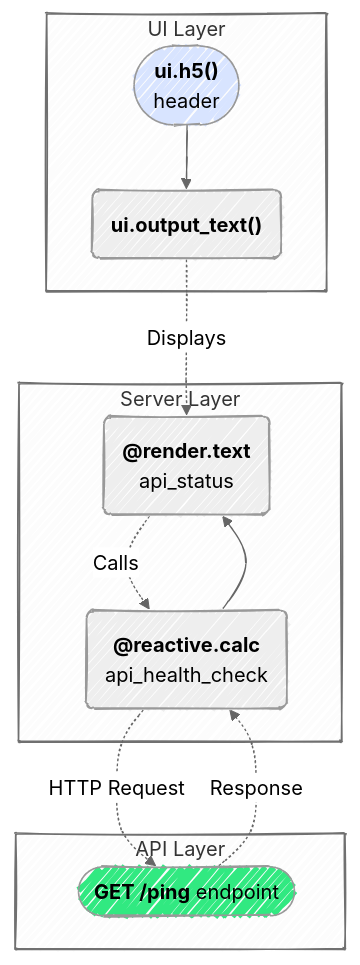
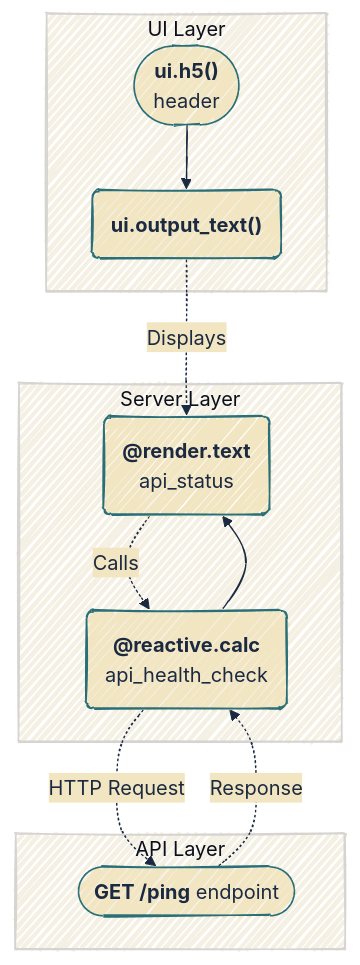
Before and after one commit to mjfrigaard/do4ds-labs: the ninth of 15 diagrams in app-log-py.qmd, drawn with Mermaid. The commit also changed other lines of this file and 88 other files, not shown here.

````diff
--- a/app-log-py.qmd
+++ b/app-log-py.qmd
@@ -1079,27 +1054,25 @@
 ```{mermaid}
 %%| fig-cap: 'API Health Check'
 %%| fig-width: 7.0
 %%| fig-align: center
-%%{init: {'theme': 'neutral', 'look': 'handDrawn', 'themeVariables': { 'fontFamily': 'monospace'}}}%%
+%%{init: {'theme': 'base', 'look': 'handDrawn', 'themeVariables': { 'fontFamily': 'monospace', 'primaryColor': '#F2E6C2', 'primaryBorderColor': '#2A6F77', 'primaryTextColor': '#1B2A41', 'secondaryColor': '#d4e7e4', 'tertiaryColor': '#f5f0e4', 'lineColor': '#1B2A41', 'edgeLabelBackground': '#F2E6C2'}}}%%
 
 graph TB
     subgraph UI["UI Layer"]
         A(["<strong>ui.h5()</strong><br>header"]) --> B("<strong>ui.output_text()</strong>")
     end
     
     subgraph SERVER["Server Layer"]
         C("<strong>@reactive.calc</strong><br/>api_health_check") --> D("<strong>@render.text</strong><br/>api_status")
     end
     
     subgraph API["API Layer"]
         E(["<strong>GET /ping</strong> endpoint"])
     end
     
     B -.Displays.-> D
     D -.Calls.-> C
     C -.HTTP Request.-> E
     E -.Response.-> C
     
-    style A fill:#d8e4ff
-    style E fill:#31e981
 ```
````
